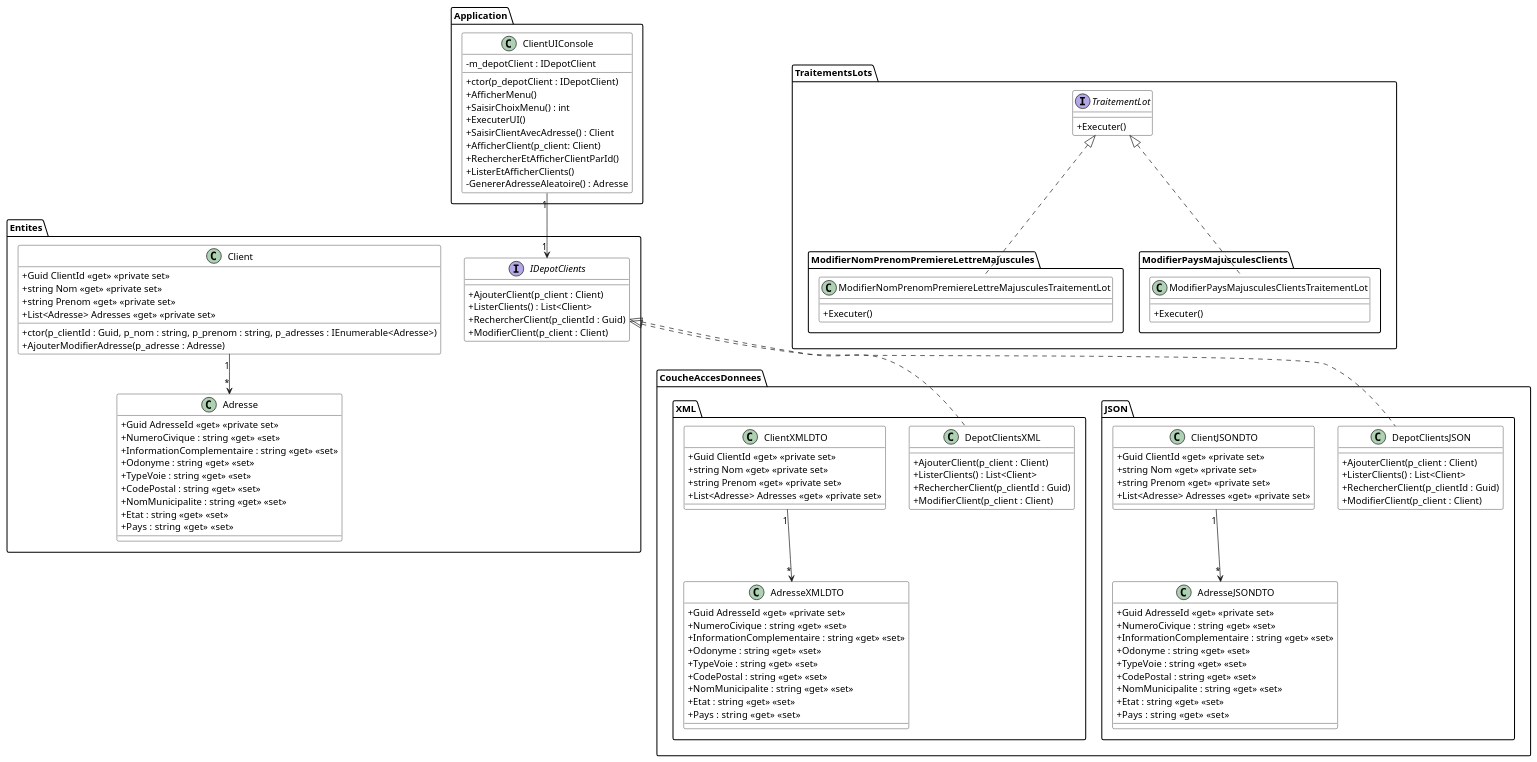
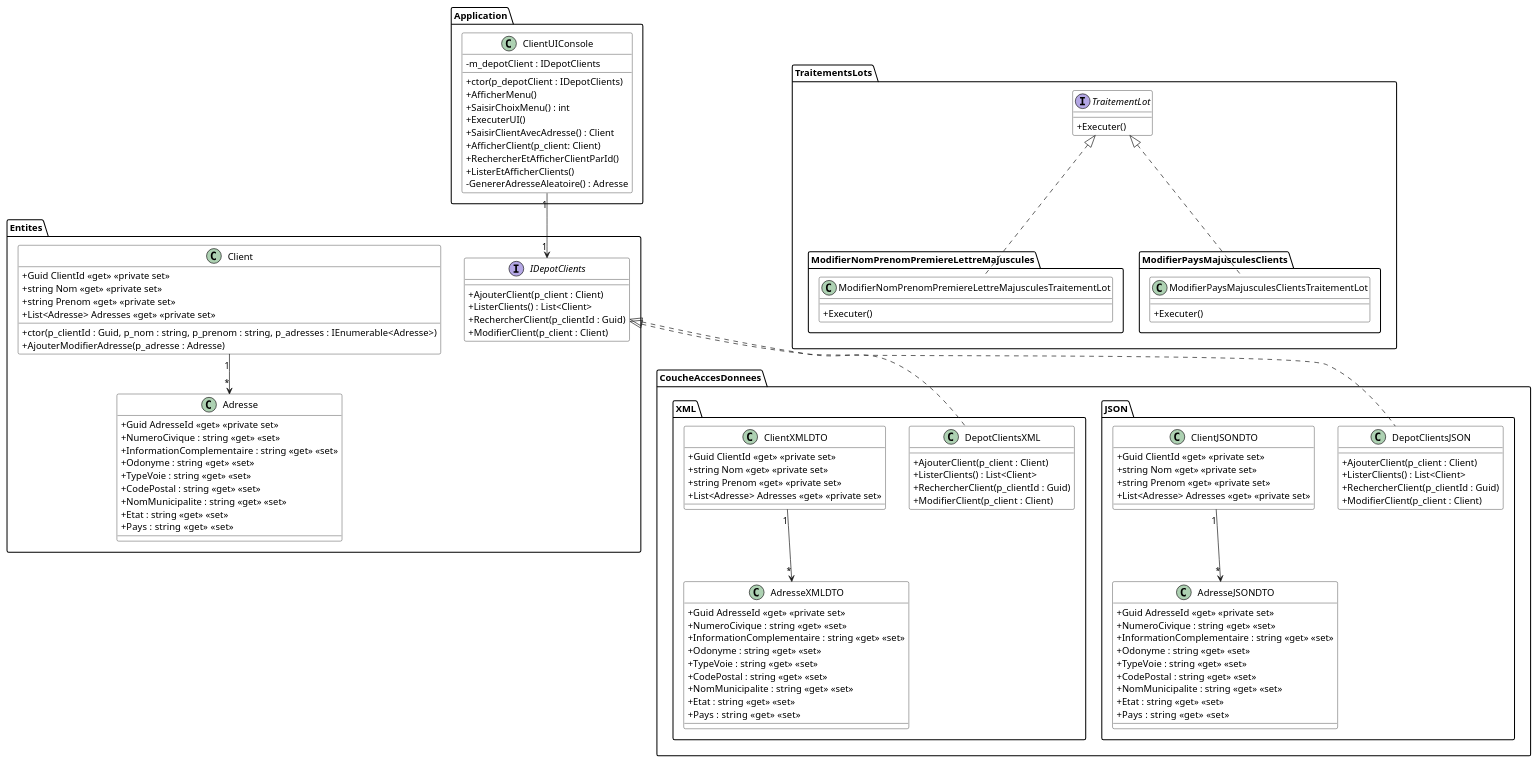
The diagram in Module06_Formats_Echanges/diag/src/DiagExerciceClients.wsd (PiFou86/420-W30-SF), drawn with PlantUML before and after one commit. The commit also changed 2 other files, not shown here.

Commit message:
Correction d'un s sur IDepotClients

```diff
--- a/Module06_Formats_Echanges/diag/src/DiagExerciceClients.wsd
+++ b/Module06_Formats_Echanges/diag/src/DiagExerciceClients.wsd
@@ -1,151 +1,151 @@
 @startuml DiagClassesClients
 
 skinparam classAttributeIconSize 0
 skinparam class {
     BackgroundColor White
     BorderColor #000
 }
 
 
 package Entites {
     Client "1" --> "*" Adresse
 
     class Client {
         + ctor(p_clientId : Guid, p_nom : string, p_prenom : string, p_adresses : IEnumerable<Adresse>)
         + Guid ClientId <<get>> <<private set>>
         + string Nom <<get>> <<private set>>
         + string Prenom <<get>> <<private set>>
         + List<Adresse> Adresses <<get>> <<private set>>
         + AjouterModifierAdresse(p_adresse : Adresse)
     }
 
     class Adresse {
         + Guid AdresseId <<get>> <<private set>>
         + NumeroCivique : string <<get>> <<set>>
         + InformationComplementaire : string <<get>> <<set>>
         + Odonyme : string <<get>> <<set>>
         + TypeVoie : string <<get>> <<set>>
         + CodePostal : string <<get>> <<set>>
         + NomMunicipalite : string <<get>> <<set>>
         + Etat : string <<get>> <<set>>
         + Pays : string  <<get>> <<set>>
     }
 
     interface IDepotClients {
         + AjouterClient(p_client : Client)
         + ListerClients() : List<Client>
         + RechercherClient(p_clientId : Guid)
         + ModifierClient(p_client : Client)
     }
 }
 
 package CoucheAccesDonnees.JSON {
     IDepotClients <|.. DepotClientsJSON
     ClientJSONDTO "1" --> "*" AdresseJSONDTO
 
     class ClientJSONDTO {
         + Guid ClientId <<get>> <<private set>>
         + string Nom <<get>> <<private set>>
         + string Prenom <<get>> <<private set>>
         + List<Adresse> Adresses <<get>> <<private set>>
     }
 
     class AdresseJSONDTO {
         + Guid AdresseId <<get>> <<private set>>
         + NumeroCivique : string <<get>> <<set>>
         + InformationComplementaire : string <<get>> <<set>>
         + Odonyme : string <<get>> <<set>>
         + TypeVoie : string <<get>> <<set>>
         + CodePostal : string <<get>> <<set>>
         + NomMunicipalite : string <<get>> <<set>>
         + Etat : string <<get>> <<set>>
         + Pays : string  <<get>> <<set>>
     }
 
     class DepotClientsJSON {
         + AjouterClient(p_client : Client)
         + ListerClients() : List<Client>
         + RechercherClient(p_clientId : Guid)
         + ModifierClient(p_client : Client)
     }
 }
 
 package CoucheAccesDonnees.XML {
     IDepotClients <|.. DepotClientsXML
     ClientXMLDTO "1" --> "*" AdresseXMLDTO
 
     class ClientXMLDTO {
         + Guid ClientId <<get>> <<private set>>
         + string Nom <<get>> <<private set>>
         + string Prenom <<get>> <<private set>>
         + List<Adresse> Adresses <<get>> <<private set>>
     }
 
     class DepotClientsXML {
         + AjouterClient(p_client : Client)
         + ListerClients() : List<Client>
         + RechercherClient(p_clientId : Guid)
         + ModifierClient(p_client : Client)
     }
 
     class AdresseXMLDTO {
         + Guid AdresseId <<get>> <<private set>>
         + NumeroCivique : string <<get>> <<set>>
         + InformationComplementaire : string <<get>> <<set>>
         + Odonyme : string <<get>> <<set>>
         + TypeVoie : string <<get>> <<set>>
         + CodePostal : string <<get>> <<set>>
         + NomMunicipalite : string <<get>> <<set>>
         + Etat : string <<get>> <<set>>
         + Pays : string  <<get>> <<set>>
     }
 }
 
 package Application {
     ClientUIConsole "1" --> "1" IDepotClients
 
     class ClientUIConsole {
-        - m_depotClient : IDepotClient
-        + ctor(p_depotClient : IDepotClient)
+        - m_depotClient : IDepotClients
+        + ctor(p_depotClient : IDepotClients)
         + AfficherMenu()
         + SaisirChoixMenu() : int
         + ExecuterUI()
         + SaisirClientAvecAdresse() : Client
         + AfficherClient(p_client: Client)
         + RechercherEtAfficherClientParId()
         + ListerEtAfficherClients()
         - GenererAdresseAleatoire() : Adresse
     }
 }
 
 package TraitementsLots {
     interface TraitementLot {
         + Executer()
     }
 }
 
 package TraitementsLots.ModifierNomPrenomPremiereLettreMajuscules {
     TraitementLot <|.. ModifierNomPrenomPremiereLettreMajusculesTraitementLot
 
     class ModifierNomPrenomPremiereLettreMajusculesTraitementLot {
         + Executer()
     }
 }
 
 package TraitementsLots.ModifierPaysMajusculesClients {
     TraitementLot <|.. ModifierPaysMajusculesClientsTraitementLot
 
     class ModifierPaysMajusculesClientsTraitementLot {
         + Executer()
     }
 }
 
 ' TraitementsLots <.. TraitementsLots.ModifierNomPrenomPremiereLettreMajuscules
 ' TraitementsLots <.. TraitementsLots.ModifierPaysMajusculesClients
 
 ' Entites <.. CoucheAccesDonnees.JSON
 ' Entites <.. CoucheAccesDonnees.XML
 ' Entites <.. Application
 ' Entites <.. TraitementsLots
 
 @enduml
```
